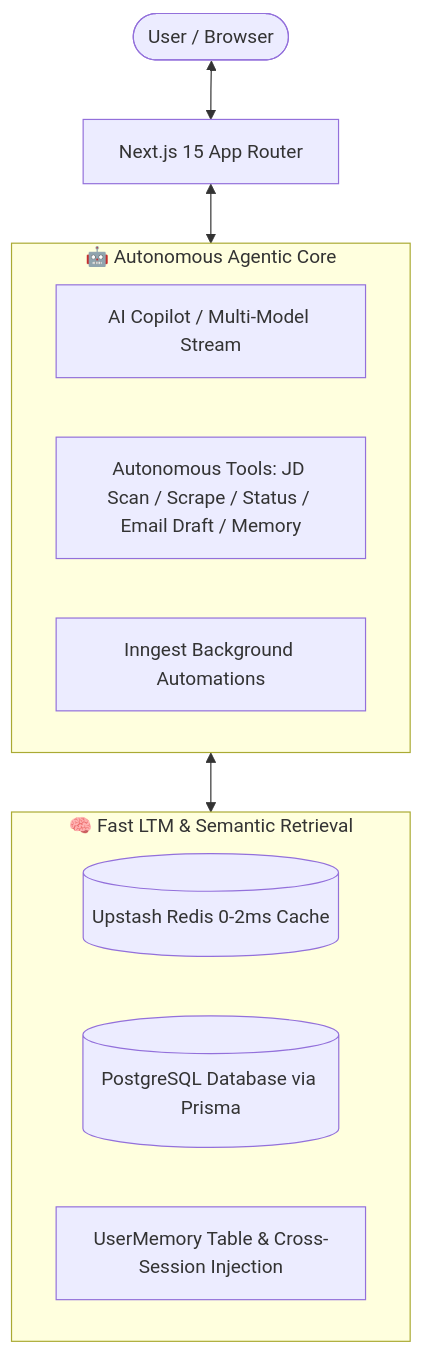
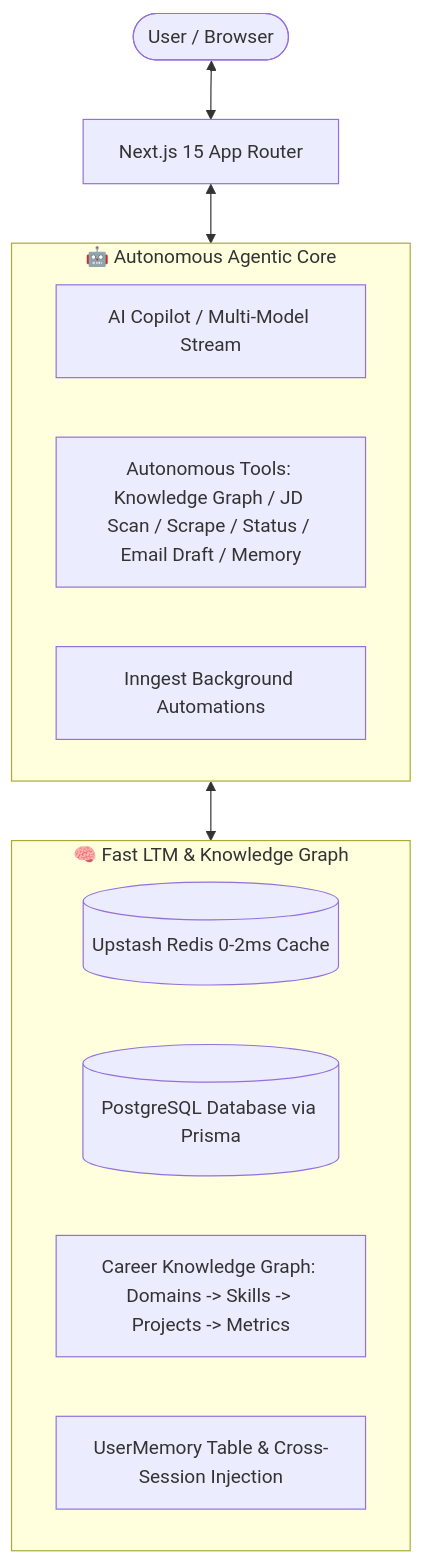
Before and after one commit to AH-Muzahid/job-tracker: the diagram in README.md, drawn with Mermaid. The commit also changed other lines of this file, not shown here.

Commit message:
docs: add vectorless career knowledge graph and graph-rag documentation to readme

````diff
--- a/README.md
+++ b/README.md
@@ -22,19 +22,20 @@
 ```mermaid
 flowchart TD
     User([User / Browser]) <--> NextApp[Next.js 15 App Router]
     
     subgraph AgenticLayer [🤖 Autonomous Agentic Core]
         AI[AI Copilot / Multi-Model Stream]
-        Tools[Autonomous Tools: JD Scan / Scrape / Status / Email Draft / Memory]
+        Tools[Autonomous Tools: Knowledge Graph / JD Scan / Scrape / Status / Email Draft / Memory]
         Inngest[Inngest Background Automations]
     end
 
-    subgraph MemoryLayer [🧠 Fast LTM & Semantic Retrieval]
+    subgraph MemoryLayer [🧠 Fast LTM & Knowledge Graph]
         Redis[(Upstash Redis 0-2ms Cache)]
         Prisma[(PostgreSQL Database via Prisma)]
+        Graph[Career Knowledge Graph: Domains -> Skills -> Projects -> Metrics]
         UserMemories[UserMemory Table & Cross-Session Injection]
     end
 
     NextApp <--> AgenticLayer
     AgenticLayer <--> MemoryLayer
 ```
````
